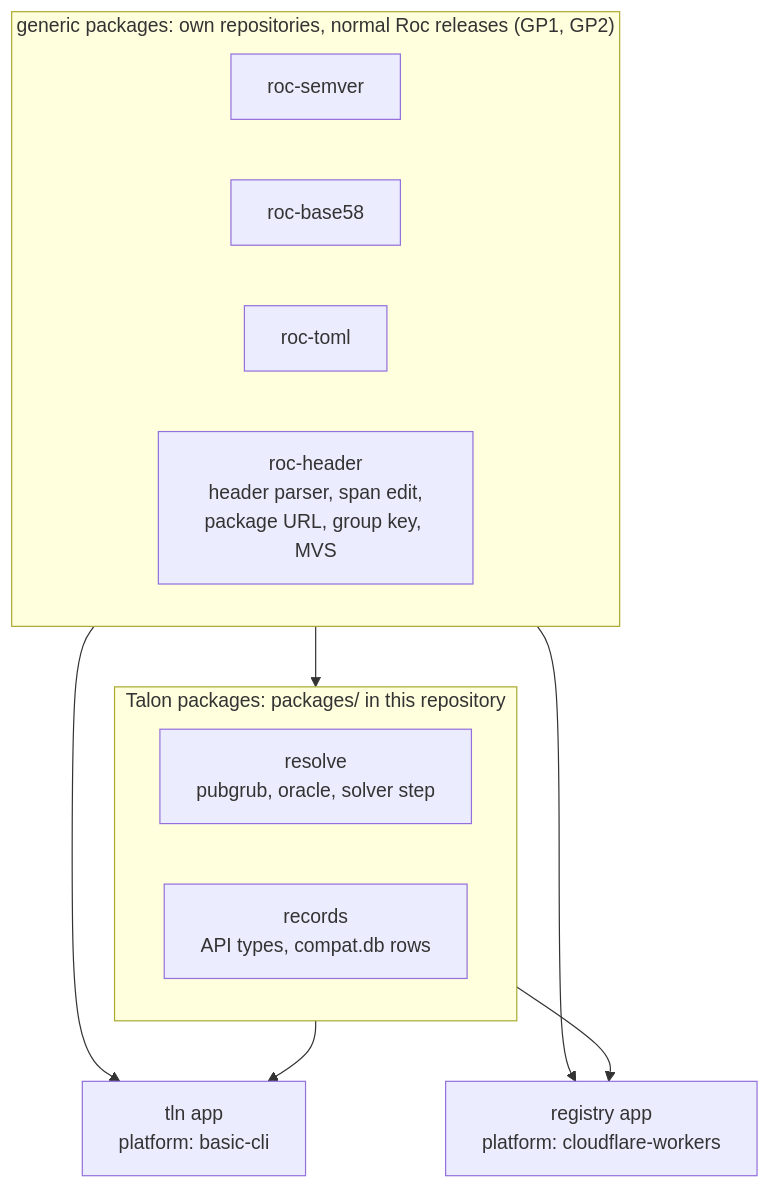
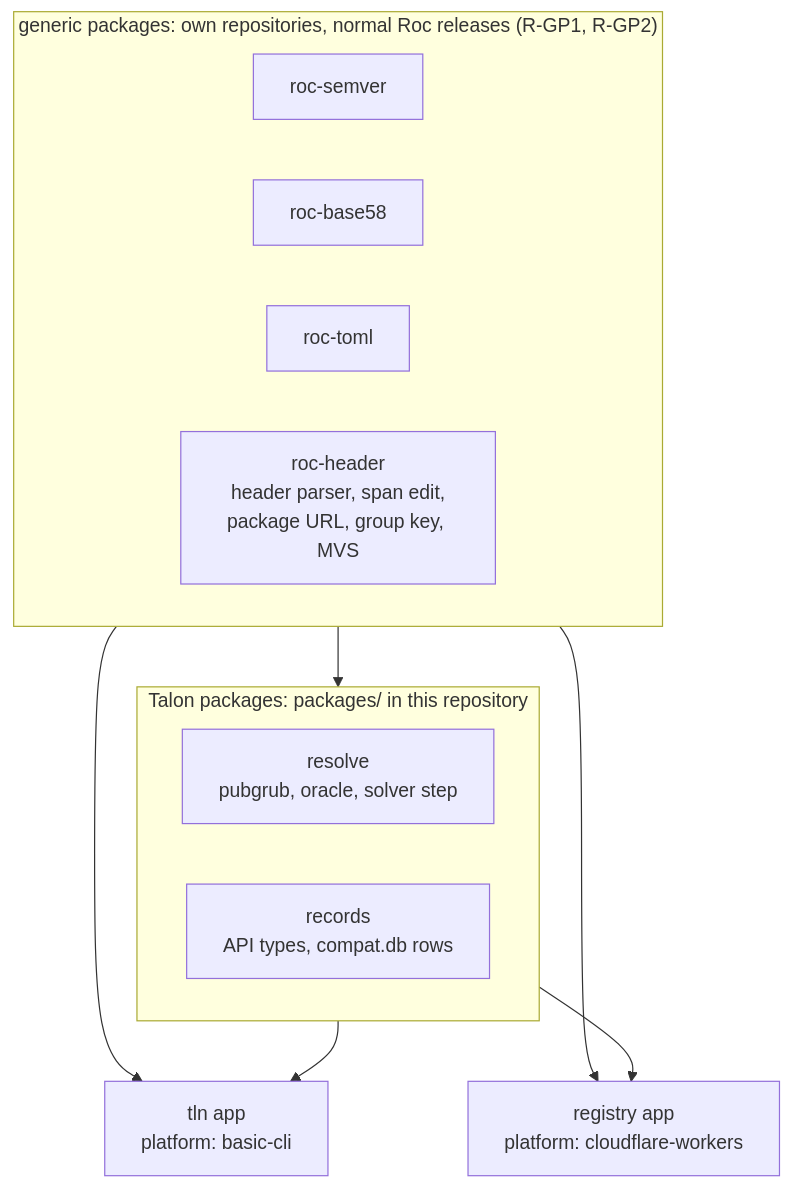
The second of 2 diagrams in DESIGN.md (roc-talon/talon), drawn with Mermaid before and after one commit. The commit also changed other lines of this file and 10 other files, not shown here.

````diff
--- a/DESIGN.md
+++ b/DESIGN.md
@@ -318,18 +337,18 @@
 ```mermaid
 flowchart TB
-    subgraph gen["generic packages: own repositories, normal Roc releases (GP1, GP2)"]
+    subgraph gen["generic packages: own repositories, normal Roc releases (R-GP1, R-GP2)"]
         S["roc-semver"]
         B["roc-base58"]
         TM["roc-toml"]
         HP["roc-header<br/>header parser, span edit,<br/>package URL, group key, MVS"]
     end
     subgraph core["Talon packages: packages/ in this repository"]
         PG["resolve<br/>pubgrub, oracle, solver step"]
         RC["records<br/>API types, compat.db rows"]
     end
     gen --> core
     gen --> CLI
     gen --> WK
     core --> CLI["tln app<br/>platform: basic-cli"]
     core --> WK["registry app<br/>platform: cloudflare-workers"]
 ```
````
